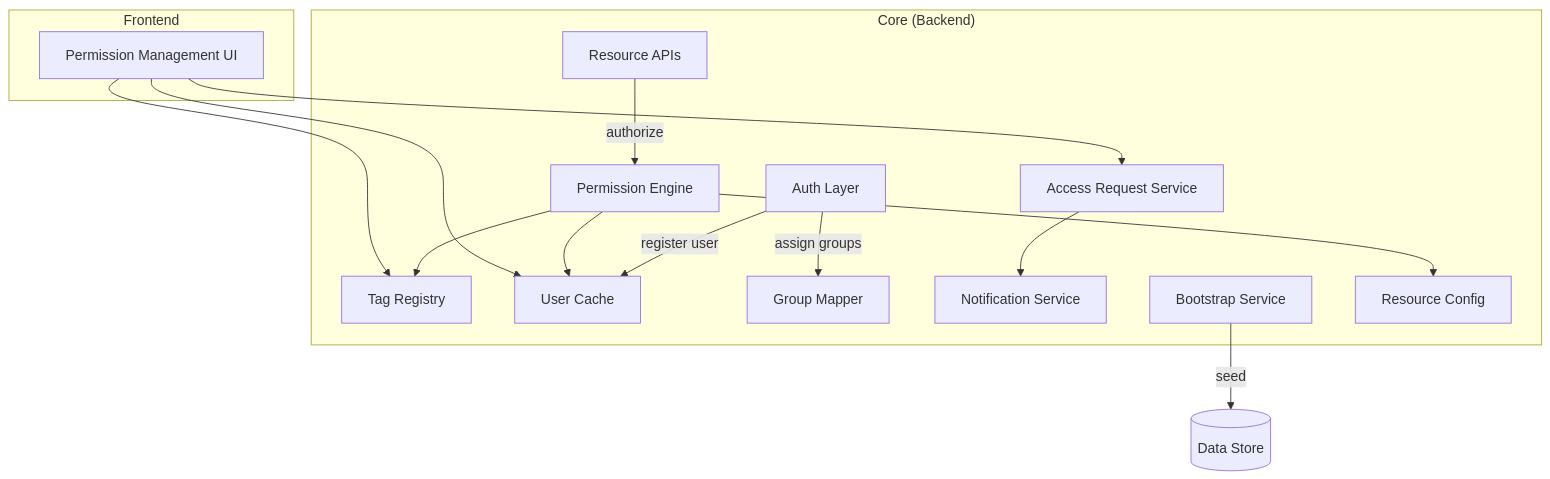
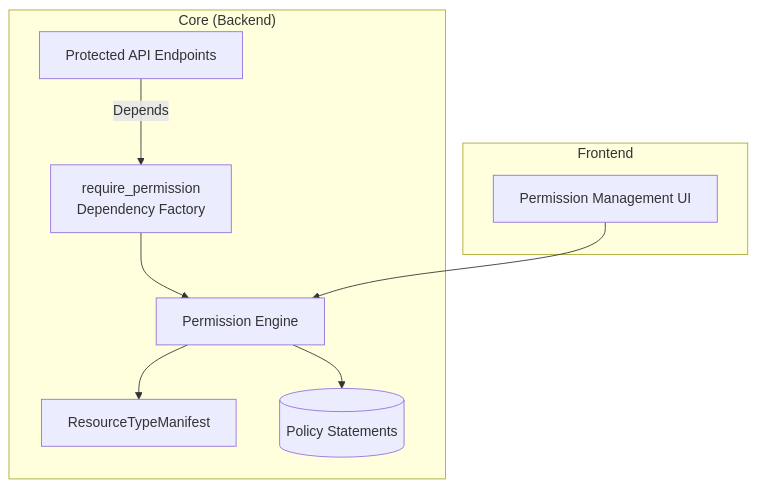
The diagram in docs/master/architecture/modules/identity/architecture.md (hurungang/parthenon), drawn with Mermaid before and after one commit. The commit also changed other lines of this file and 206 other files, not shown here.

````diff
--- a/docs/master/architecture/modules/identity/architecture.md
+++ b/docs/master/architecture/modules/identity/architecture.md
@@ -9,33 +9,20 @@
 ```mermaid
 flowchart TD
     subgraph Frontend
         UI[Permission Management UI]
     end
 
     subgraph Core["Core (Backend)"]
-        Auth[Auth Layer]
-        APIs[Resource APIs]
+        EP[Protected API Endpoints]
+        PP["require_permission<br>Dependency Factory"]
         PE[Permission Engine]
-        TR[Tag Registry]
-        UC[User Cache]
-        GM[Group Mapper]
-        AR[Access Request Service]
-        NS[Notification Service]
-        BS[Bootstrap Service]
-        RC[Resource Config]
+        RT[ResourceTypeManifest]
+        PS[(Policy Statements)]
     end
 
-    DS[(Data Store)]
-
-    Auth -->|register user| UC
-    Auth -->|assign groups| GM
-    APIs -->|authorize| PE
-    PE --> TR
-    PE --> UC
-    PE --> RC
-    AR --> NS
-    UI --> TR
-    UI --> AR
-    UI --> UC
-    BS -->|seed| DS
+    EP -->|Depends| PP
+    PP --> PE
+    PE --> RT
+    PE --> PS
+    UI --> PE
 ```
````
